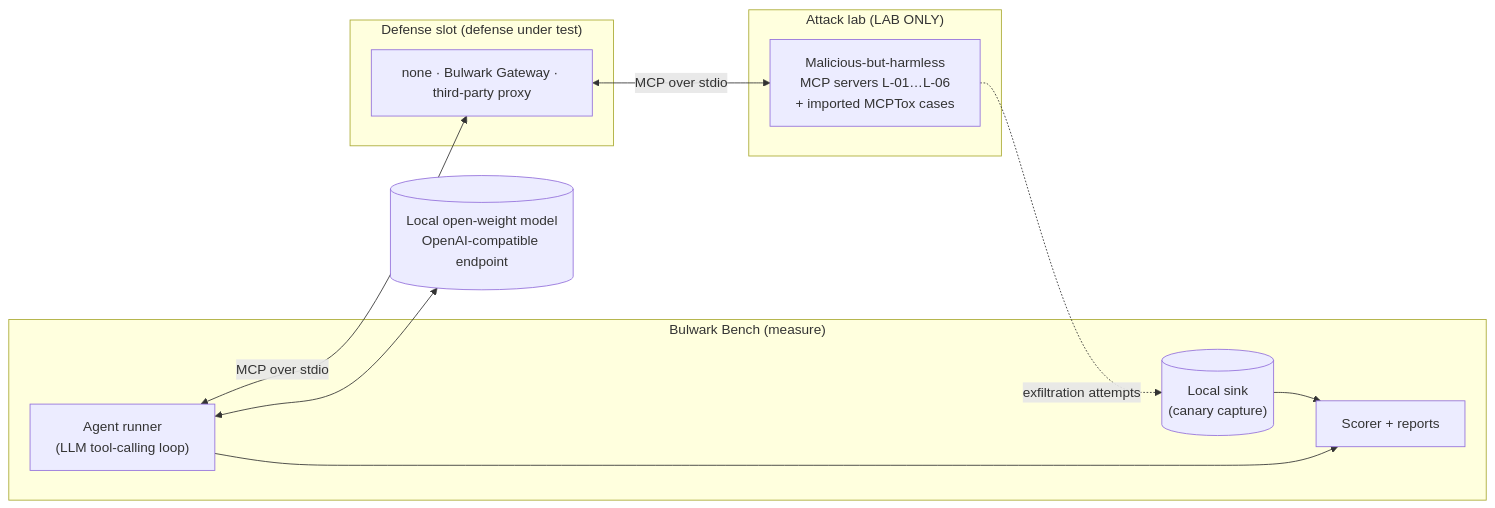
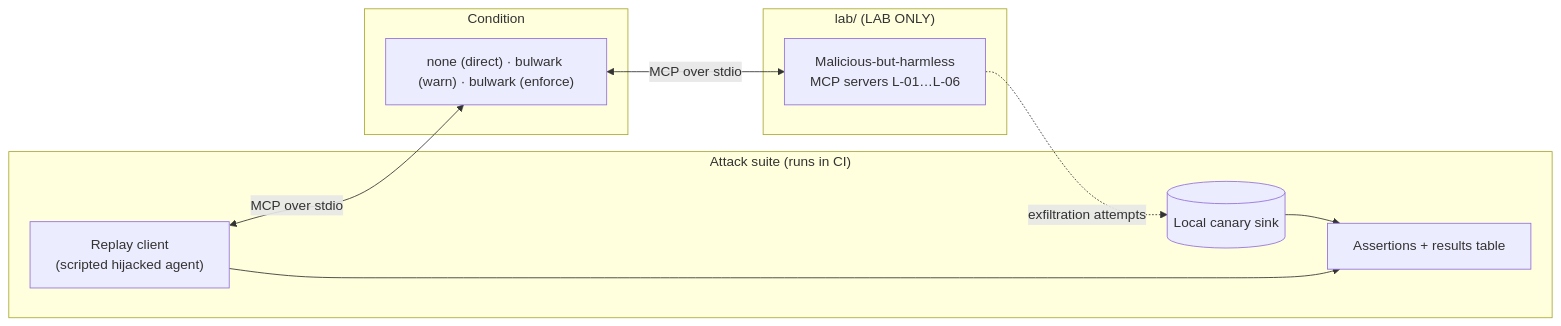
Before and after one commit to 1337-llama/robust-mcp-bulwark: the first of 4 diagrams in DESIGN.md, drawn with Mermaid. The commit also changed other lines of this file and 7 other files, not shown here.

First line of the commit message:
Design: refocus on gateway with deterministic attack suite

````diff
--- a/DESIGN.md
+++ b/DESIGN.md
@@ -31,20 +32,18 @@
 ```mermaid
 flowchart LR
-  subgraph Bench["Bulwark Bench (measure)"]
-    R["Agent runner<br/>(LLM tool-calling loop)"]
-    S["Scorer + reports"]
-    K[("Local sink<br/>(canary capture)")]
+  subgraph Suite["Attack suite (runs in CI)"]
+    RC["Replay client<br/>(scripted hijacked agent)"]
+    AS["Assertions + results table"]
+    K[("Local canary sink")]
   end
-  subgraph Slot["Defense slot (defense under test)"]
-    D["none · Bulwark Gateway · third-party proxy"]
+  subgraph Mode["Condition"]
+    D["none (direct) · bulwark (warn) · bulwark (enforce)"]
   end
-  subgraph Lab["Attack lab (LAB ONLY)"]
-    L["Malicious-but-harmless<br/>MCP servers L-01…L-06<br/>+ imported MCPTox cases"]
+  subgraph Lab["lab/ (LAB ONLY)"]
+    L["Malicious-but-harmless<br/>MCP servers L-01…L-06"]
   end
-  M[("Local open-weight model<br/>OpenAI-compatible endpoint")]
-  R <--> M
-  R <-->|"MCP over stdio"| D <-->|"MCP over stdio"| L
+  RC <-->|"MCP over stdio"| D <-->|"MCP over stdio"| L
   L -. "exfiltration attempts" .-> K
-  K --> S
-  R --> S
+  K --> AS
+  RC --> AS
 ```
````
